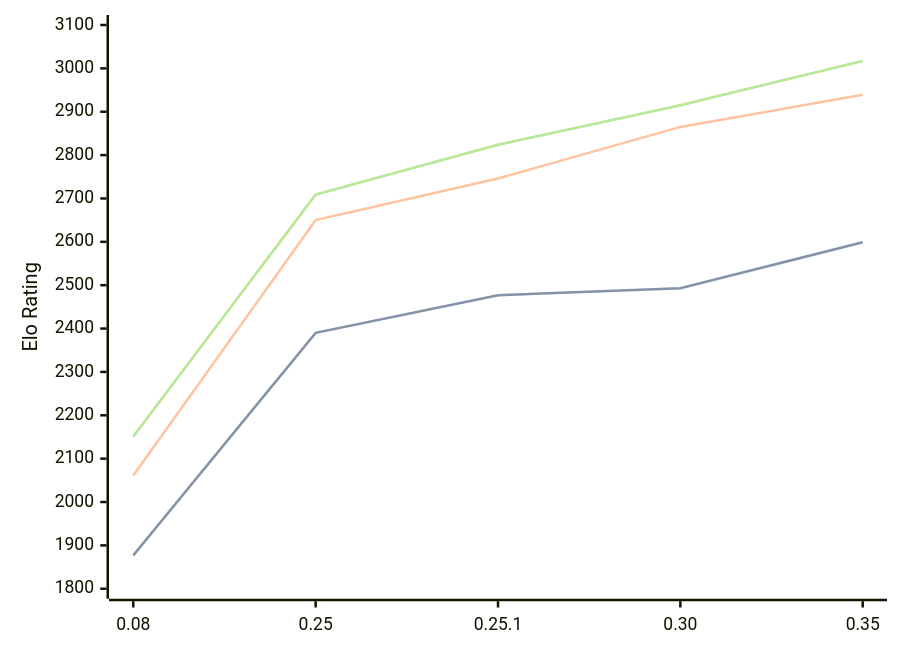
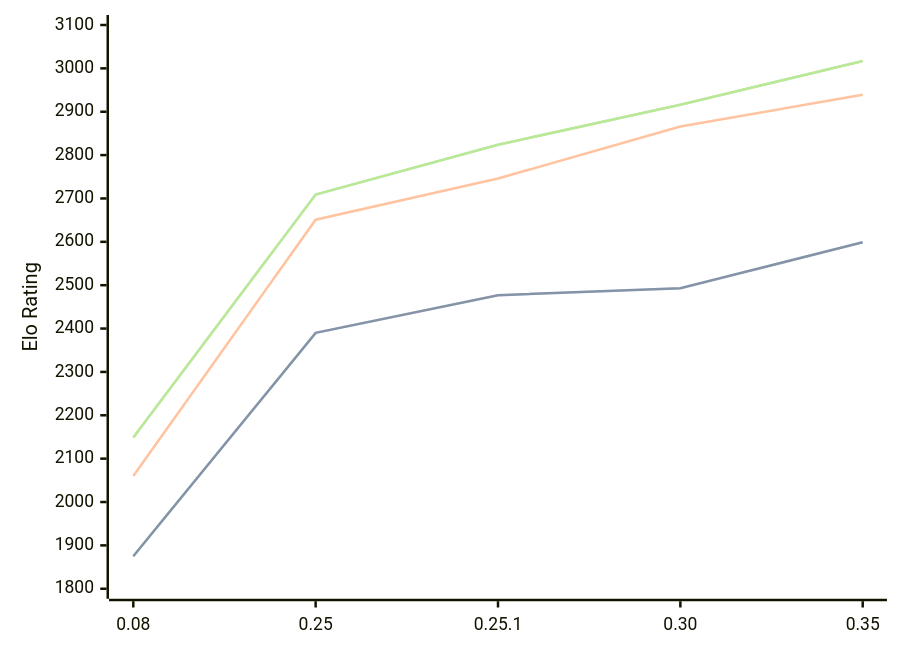
Before and after one commit to computer-chess-index/cci: the diagram in engines/Gecko.md, drawn with Mermaid. The commit also changed other lines of this file, not shown here.

Commit message:
Update CCI Ratings (ELO VLTC) - 2026-05-22

````diff
--- a/engines/Gecko.md
+++ b/engines/Gecko.md
@@ -35,11 +35,11 @@
 ```mermaid
 %%{init: {"theme":"base","themeVariables":{"seriesColors:['#a3a3a3','#222221','#faa371']}}}%%
 xychart-beta
   x-axis ["0.08", "0.25", "0.25.1", "0.30", "0.35"]
   y-axis "Elo Rating" 1800 --> 3100
-  line "STC (8.0+0.08s)" [1877, 2390, 2477, 2493, 2599]
-  line "STC (8.0+0.08s)" [1877, 2390, 2477, 2493, 2599]
-  line "LTC (60.0+0.60s)" [2061, 2650, 2746, 2865, 2939]
-  line "VLTC (2m24s+1.12s)" [2151, 2709, 2824, 2915, 3017]
-  line "VLTC (2m24s+1.12s)" [2151, 2709, 2824, 2915, 3017]
+  line "STC (8.0+0.08s)" [1875, 2390, 2477, 2493, 2599]
+  line "STC (8.0+0.08s)" [1875, 2390, 2477, 2493, 2599]
+  line "LTC (60.0+0.60s)" [2060, 2651, 2746, 2866, 2939]
+  line "VLTC (2m24s+1.12s)" [2149, 2709, 2824, 2916, 3017]
+  line "VLTC (2m24s+1.12s)" [2149, 2709, 2824, 2916, 3017]
 ```
````
